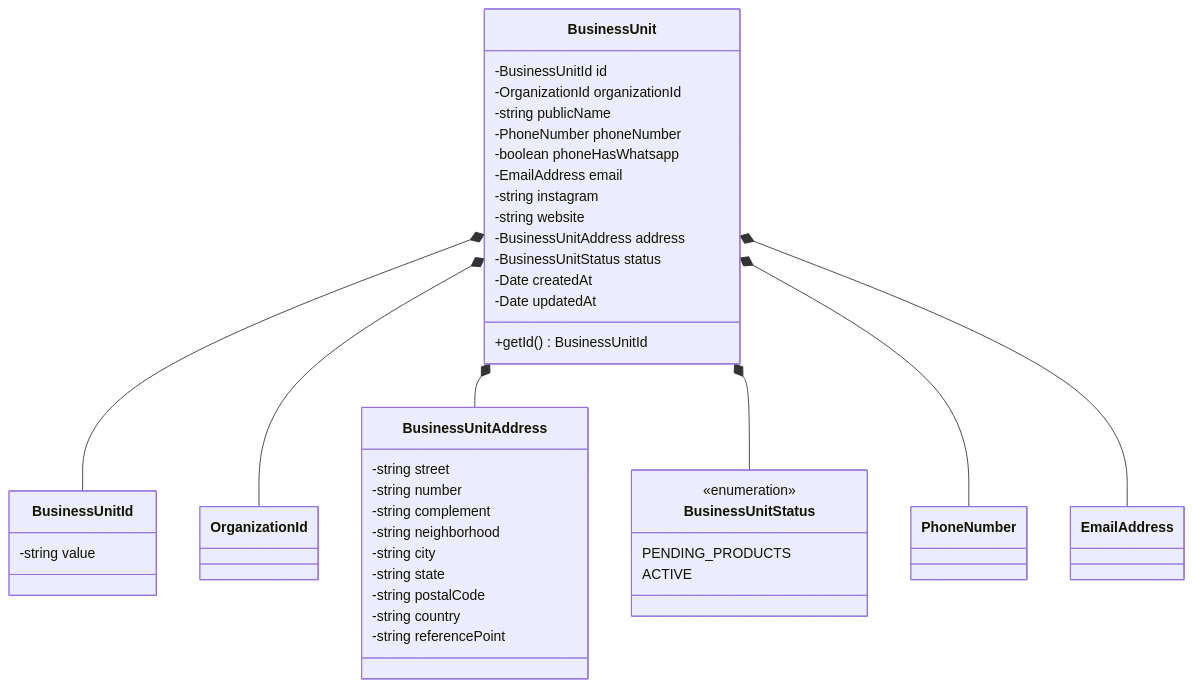
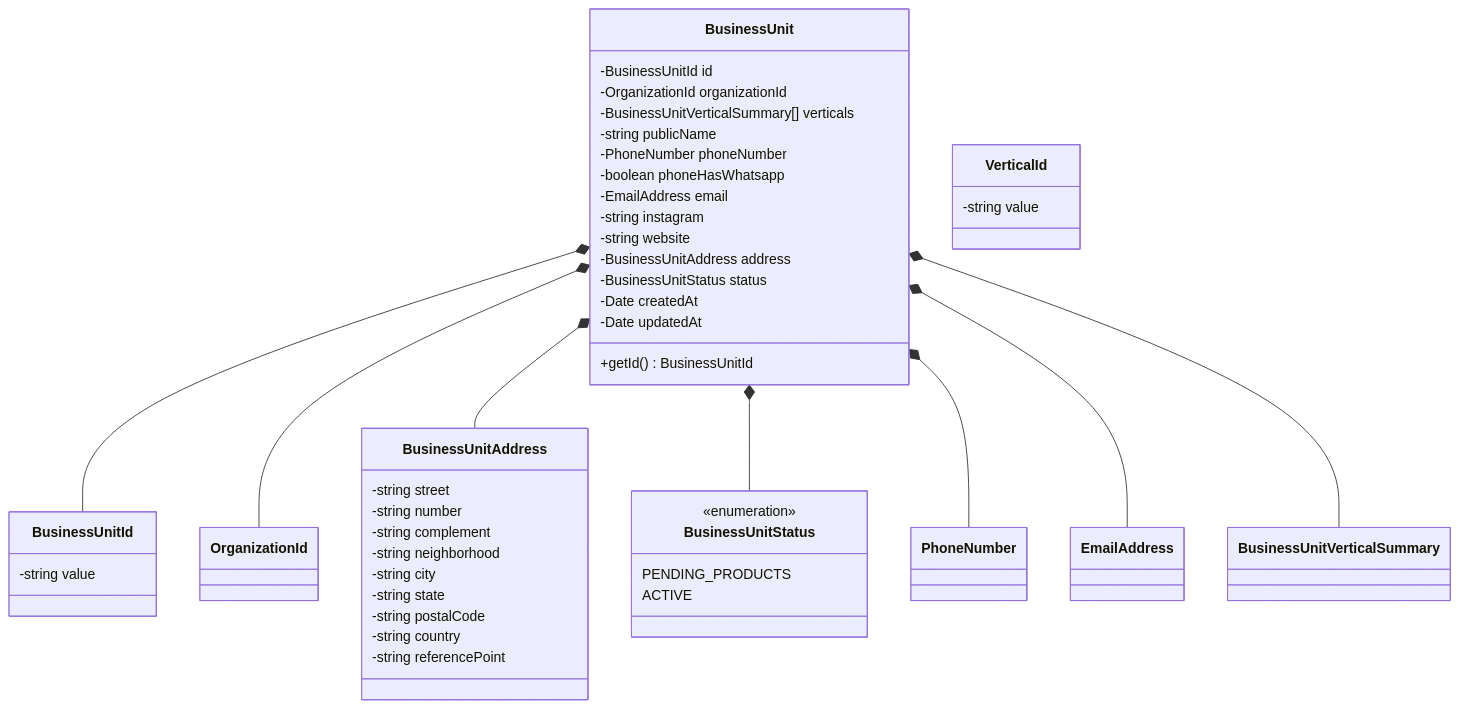
One commit to CSousa-Dev/smart-delivery changed the third of 8 diagrams in specs/modules/organization/08-get-business-unit/design.md. Above: the diagram before and after it, drawn with Mermaid. The commit also changed other lines of this file and 107 other files, not shown here.

````diff
--- a/specs/modules/organization/08-get-business-unit/design.md
+++ b/specs/modules/organization/08-get-business-unit/design.md
@@ -158,47 +213,53 @@
 ```mermaid
 classDiagram
     class BusinessUnit {
         -BusinessUnitId id
         -OrganizationId organizationId
+        -BusinessUnitVerticalSummary[] verticals
         -string publicName
         -PhoneNumber phoneNumber
         -boolean phoneHasWhatsapp
         -EmailAddress email
         -string instagram
         -string website
         -BusinessUnitAddress address
         -BusinessUnitStatus status
         -Date createdAt
         -Date updatedAt
         +getId() BusinessUnitId
     }
 
     class BusinessUnitAddress {
         -string street
         -string number
         -string complement
         -string neighborhood
         -string city
         -string state
         -string postalCode
         -string country
         -string referencePoint
     }
 
     class BusinessUnitStatus {
         <<enumeration>>
         PENDING_PRODUCTS
         ACTIVE
     }
 
     class BusinessUnitId {
         -string value
     }
 
+    class VerticalId {
+        -string value
+    }
+
     BusinessUnit *-- BusinessUnitId
     BusinessUnit *-- OrganizationId
     BusinessUnit *-- BusinessUnitAddress
     BusinessUnit *-- BusinessUnitStatus
     BusinessUnit *-- PhoneNumber
     BusinessUnit *-- EmailAddress
+    BusinessUnit *-- BusinessUnitVerticalSummary
 ```
````
